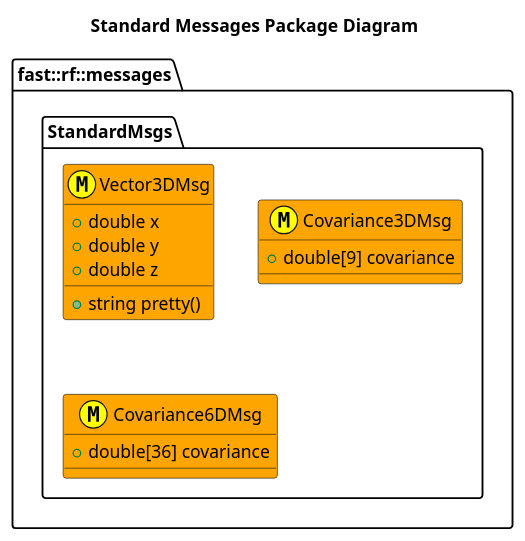
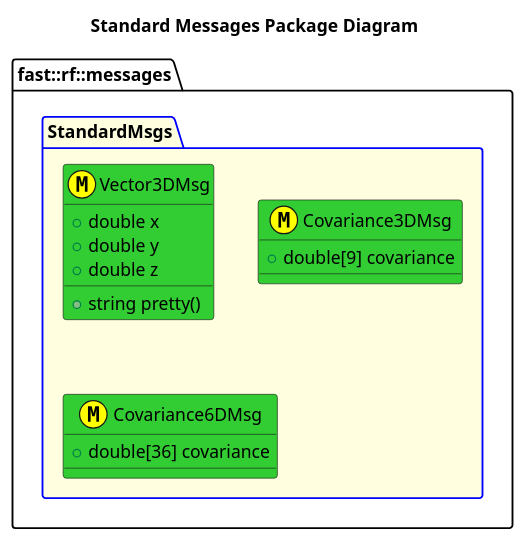
The diagram in msgs/StandardMsgs/doc/puml/StandardMessagesClassDiagram.puml (fastrobotics/robot_framework), drawn with PlantUML before and after one commit. The commit also changed 32 other files, not shown here.

```diff
--- a/msgs/StandardMsgs/doc/puml/StandardMessagesClassDiagram.puml
+++ b/msgs/StandardMsgs/doc/puml/StandardMessagesClassDiagram.puml
@@ -1,19 +1,19 @@
 @startuml
 title Standard Messages Package Diagram
 
 namespace fast::rf::messages {
-  namespace StandardMsgs  {
-    struct Vector3DMsg <<(M,#FFFF00) >> #Orange {
+  package StandardMsgs #LightYellow;line:blue {
+    struct Vector3DMsg <<(M,#FFFF00) >> #LimeGreen {
       +double x
       +double y
       +double z
       +string pretty()
     }
-    struct Covariance3DMsg <<(M,#FFFF00) >> #Orange {
+    struct Covariance3DMsg <<(M,#FFFF00) >> #LimeGreen {
       +double[9] covariance
     }
-    struct Covariance6DMsg <<(M,#FFFF00) >> #Orange {
+    struct Covariance6DMsg <<(M,#FFFF00) >> #LimeGreen {
       +double[36] covariance
     }
 }
 @enduml
```
